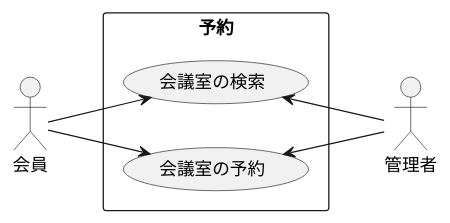
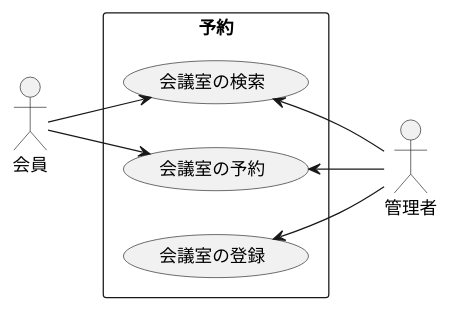
One commit to k2works/case-study-mrs changed diagram 21 of 23 in docs/index.adoc. Above: the diagram before and after it, drawn with PlantUML. The commit also changed other lines of this file and 1 other file, not shown here.

```diff
--- a/docs/index.adoc
+++ b/docs/index.adoc
@@ -658,16 +692,18 @@
 [plantuml]
 ----
 @startuml
 left to right direction
 actor "会員" as member
 actor "管理者" as admin
 rectangle 予約 {
   usecase "会議室の検索" as UC2
   usecase "会議室の予約" as UC3
+  usecase "会議室の登録" as UC4
 }
 member --> UC2
 member --> UC3
 UC2 <-- admin
 UC3 <-- admin
+UC4 <-- admin
 @enduml
 ----
```
